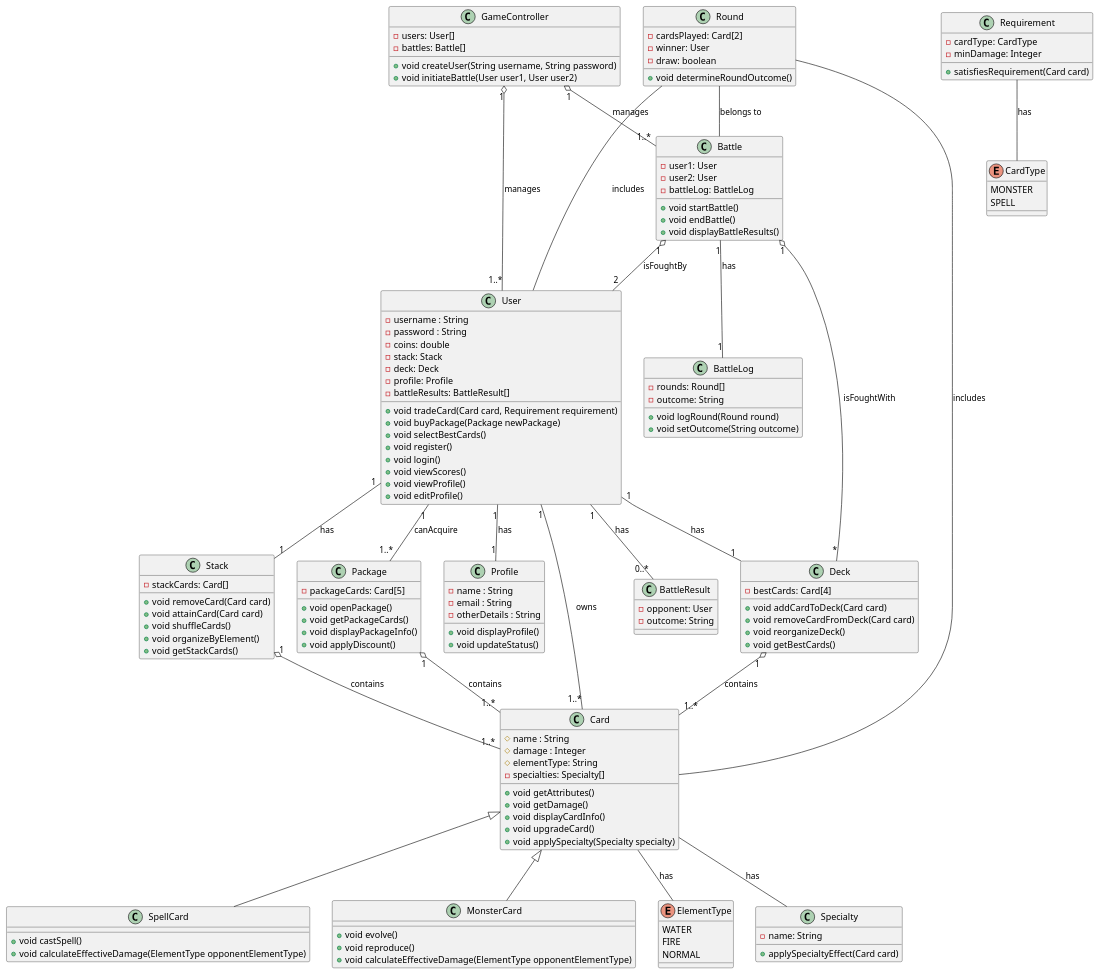
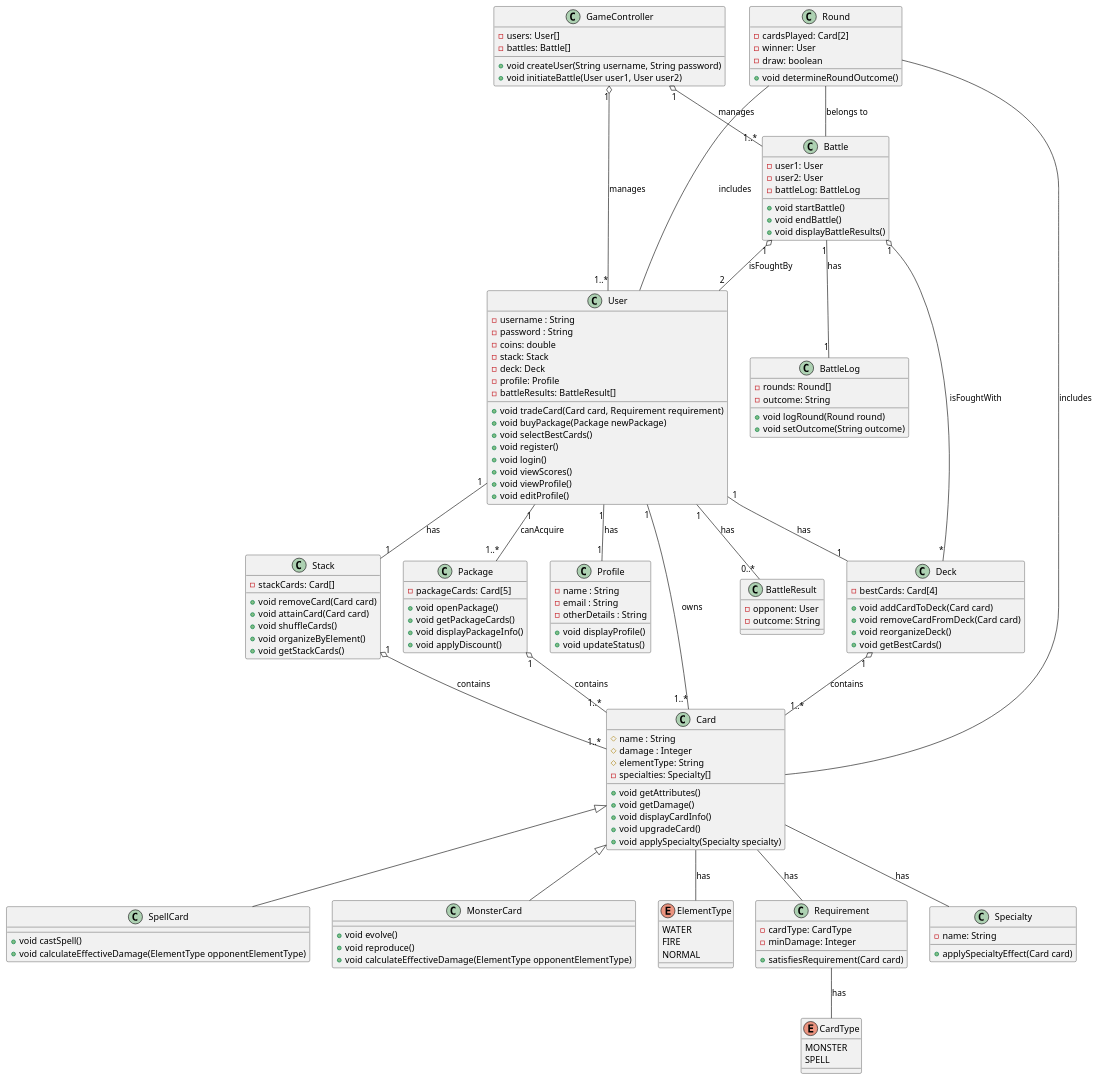
Before and after one commit to gregory567/Monster-Trading-Cards-Game-MTCG: the diagram in src/main/java/org/example/Klassen.puml, drawn with PlantUML. The commit also changed 1 other file, not shown here.

Commit message:
added the implementation of the card abstract class and updated the plantUML diagram

```diff
--- a/src/main/java/org/example/Klassen.puml
+++ b/src/main/java/org/example/Klassen.puml
@@ -1,164 +1,165 @@
 @startuml
 'https://plantuml.com/sequence-diagram
 
 class User {
     - username : String
     - password : String
     - coins: double
     - stack: Stack
     - deck: Deck
     - profile: Profile
     - battleResults: BattleResult[]
     + void tradeCard(Card card, Requirement requirement)
     + void buyPackage(Package newPackage)
     + void selectBestCards()
     + void register()
     + void login()
     + void viewScores()
     + void viewProfile()
     + void editProfile()
 }
 
 class Profile {
     - name : String
     - email : String
     - otherDetails : String
     + void displayProfile()
     + void updateStatus()
 }
 
 class Card {
     # name : String
     # damage : Integer
     # elementType: String
     - specialties: Specialty[]
     + void getAttributes()
     + void getDamage()
     + void displayCardInfo()
     + void upgradeCard()
     + void applySpecialty(Specialty specialty)
 }
 
 class SpellCard {
     + void castSpell()
     + void calculateEffectiveDamage(ElementType opponentElementType)
 }
 
 class MonsterCard {
     + void evolve()
     + void reproduce()
     + void calculateEffectiveDamage(ElementType opponentElementType)
 }
 
 class Stack{
     - stackCards: Card[]
     + void removeCard(Card card)
     + void attainCard(Card card)
     + void shuffleCards()
     + void organizeByElement()
     + void getStackCards()
 }
 
 class Package {
     - packageCards: Card[5]
     + void openPackage()
     + void getPackageCards()
     + void displayPackageInfo()
     + void applyDiscount()
 }
 
 class Deck {
     - bestCards: Card[4]
     + void addCardToDeck(Card card)
     + void removeCardFromDeck(Card card)
     + void reorganizeDeck()
     + void getBestCards()
 }
 
 enum ElementType {
     WATER
     FIRE
     NORMAL
 }
 
 class Requirement {
     - cardType: CardType
     - minDamage: Integer
     + satisfiesRequirement(Card card)
 }
 
 enum CardType {
     MONSTER
     SPELL
 }
 
 class Specialty {
     - name: String
     + applySpecialtyEffect(Card card)
 }
 
 class Battle {
     - user1: User
     - user2: User
     - battleLog: BattleLog
     + void startBattle()
     + void endBattle()
     + void displayBattleResults()
 }
 
 class GameController {
     - users: User[]
     - battles: Battle[]
     + void createUser(String username, String password)
     + void initiateBattle(User user1, User user2)
 }
 
 class BattleLog {
     - rounds: Round[]
     - outcome: String
     + void logRound(Round round)
     + void setOutcome(String outcome)
 }
 
 class Round {
     - cardsPlayed: Card[2]
     - winner: User
     - draw: boolean
     + void determineRoundOutcome()
 }
 
 class BattleResult {
     - opponent: User
     - outcome: String
 }
 
 Card <|-- MonsterCard
 Card <|-- SpellCard
 
 User "1" -- "1..*" Card : owns
 User "1" -- "1" Deck : has
 User "1" -- "1..*" Package : canAcquire
 User "1" -- "1" Stack : has
 User "1" -- "1" Profile : has
 User "1" -- "0..*" BattleResult : has
 
 Stack "1" o-- "1..*" Card : contains
 Package "1" o-- "1..*" Card : contains
 Deck "1" o-- "1..*" Card : contains
 
 Battle "1" o-- "*" Deck : isFoughtWith
 Battle "1" o-- "2" User : isFoughtBy
 Battle "1" -- "1" BattleLog : has
 
 GameController "1" o-- "1..*" User : manages
 GameController "1" o-- "1..*" Battle : manages
 
 Card -- ElementType : has
+Card -- Requirement : has
 Requirement -- CardType : has
 Card -- Specialty : has
 
 Round -- Card : includes
 Round -- User : includes
 Round -- Battle : belongs to
 
 @enduml
```
